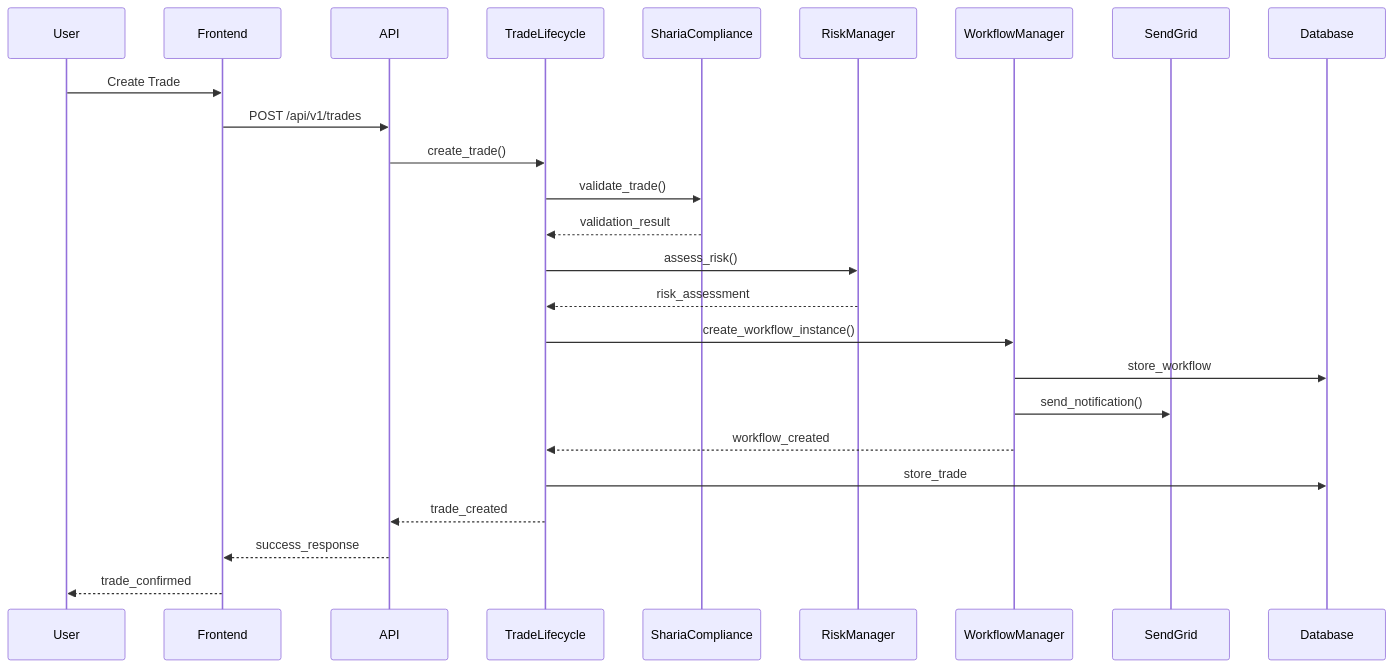
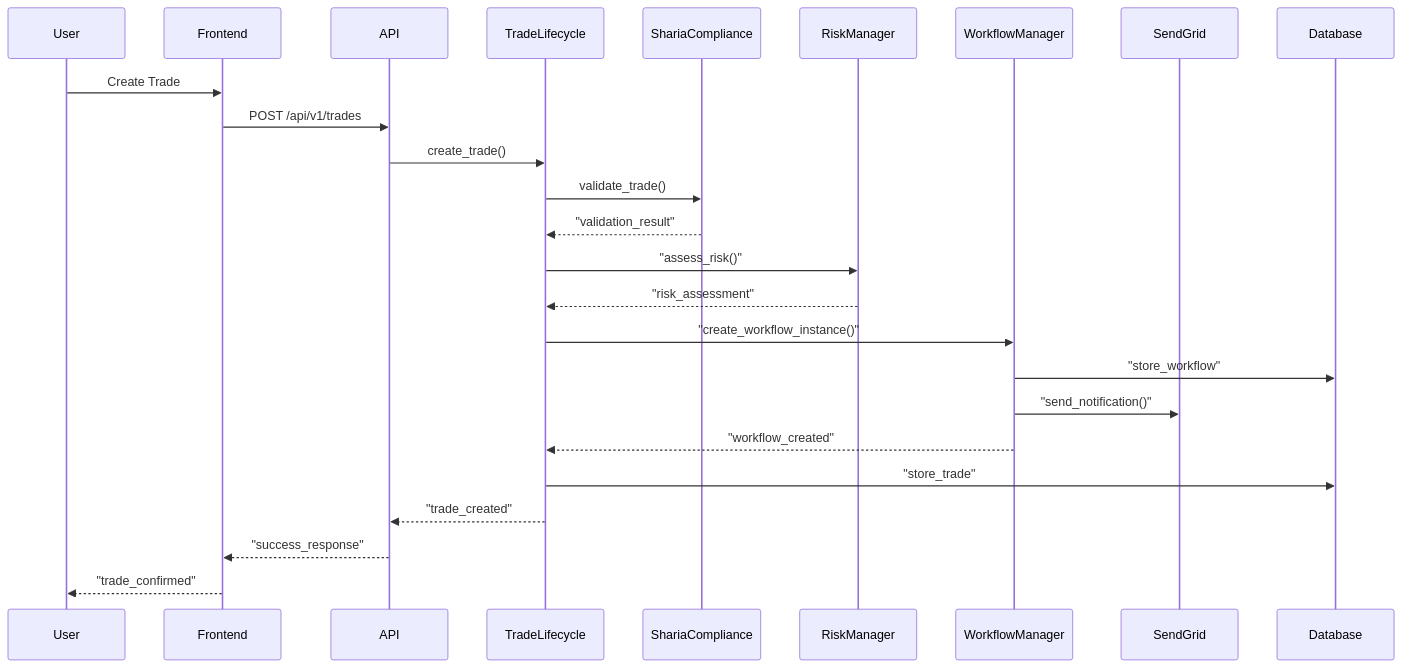
One commit to akramahmed1/QuantaEnergi changed the second of 5 diagrams in docs/architecture/dependencies.md. Above: the diagram before and after it, drawn with Mermaid. The commit also changed 6 other files, not shown here.

Commit message:
mermaid fixes compatibility

````diff
--- a/docs/architecture/dependencies.md
+++ b/docs/architecture/dependencies.md
@@ -143,28 +143,28 @@
 ```mermaid
 sequenceDiagram
     participant User
     participant Frontend
     participant API
     participant TradeLifecycle
     participant ShariaCompliance
     participant RiskManager
     participant WorkflowManager
     participant SendGrid
     participant Database
 
     User->>Frontend: Create Trade
     Frontend->>API: POST /api/v1/trades
     API->>TradeLifecycle: create_trade()
     TradeLifecycle->>ShariaCompliance: validate_trade()
-    ShariaCompliance-->>TradeLifecycle: validation_result
-    TradeLifecycle->>RiskManager: assess_risk()
-    RiskManager-->>TradeLifecycle: risk_assessment
-    TradeLifecycle->>WorkflowManager: create_workflow_instance()
-    WorkflowManager->>Database: store_workflow
-    WorkflowManager->>SendGrid: send_notification()
-    WorkflowManager-->>TradeLifecycle: workflow_created
-    TradeLifecycle->>Database: store_trade
-    TradeLifecycle-->>API: trade_created
-    API-->>Frontend: success_response
-    Frontend-->>User: trade_confirmed
+    ShariaCompliance-->>TradeLifecycle: "validation_result"
+    TradeLifecycle->>RiskManager: "assess_risk()"
+    RiskManager-->>TradeLifecycle: "risk_assessment"
+    TradeLifecycle->>WorkflowManager: "create_workflow_instance()"
+    WorkflowManager->>Database: "store_workflow"
+    WorkflowManager->>SendGrid: "send_notification()"
+    WorkflowManager-->>TradeLifecycle: "workflow_created"
+    TradeLifecycle->>Database: "store_trade"
+    TradeLifecycle-->>API: "trade_created"
+    API-->>Frontend: "success_response"
+    Frontend-->>User: "trade_confirmed"
 ```
````
